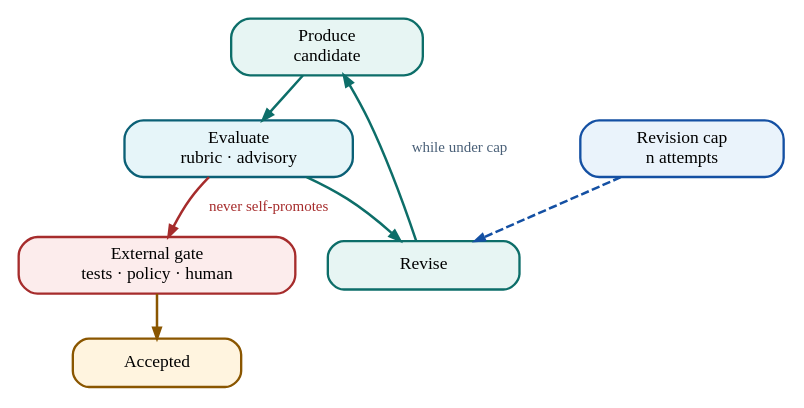
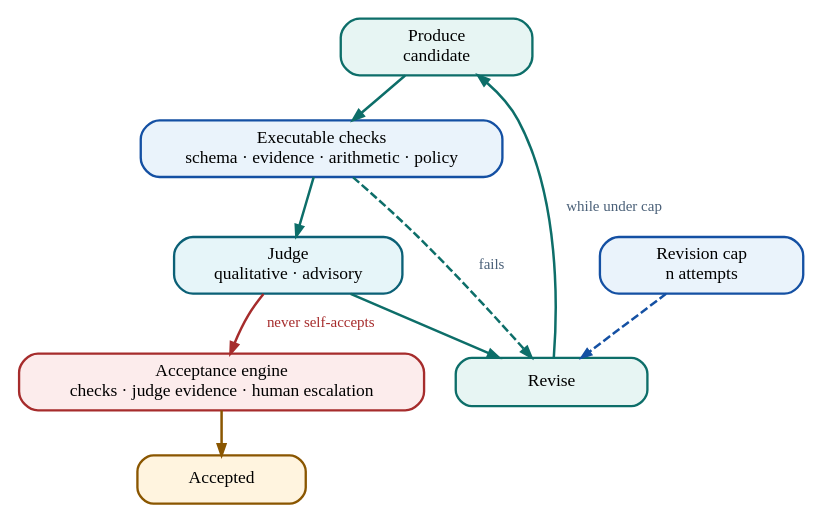
Before and after one commit to rrahimi-uci/building-enterprise-general-intelligence: the diagram in assets/diagrams/src/pattern-reflection.gv, drawn with Graphviz. The commit also changed 38 other files, not shown here.

```diff
--- a/assets/diagrams/src/pattern-reflection.gv
+++ b/assets/diagrams/src/pattern-reflection.gv
@@ -1,25 +1,29 @@
 // Figure 13-1 — Reflection. Improvement without self-certification.
-// Message: the produce-evaluate-revise loop is bounded, and the evaluator's
-// verdict is advisory. Promotion is decided outside the loop, by a gate the
-// loop cannot reach -- otherwise the system grades its own homework.
+// Message: the produce-check-judge-revise loop is bounded. Executable checks run
+// before the judge, and the judge's score is advisory. Acceptance is decided
+// outside the loop, by an engine the loop cannot reach -- otherwise the system
+// grades its own homework.
 digraph pattern_reflection {
   rankdir = TB
   graph [ranksep=0.36, nodesep=0.26]
   node [shape=box, style="filled,rounded", penwidth=1.4, fontsize=10.5,
         margin="0.12,0.07", height=0.40, width=1.6]
   edge [arrowsize=0.65, penwidth=1.5, color="#0D6E69"]
 
   pro [label="Produce\ncandidate", fillcolor="#E7F5F3", color="#0D6E69"]
-  ev  [label="Evaluate\nrubric · advisory", fillcolor="#E6F5F9", color="#0B6076", width=1.9]
+  chk [label="Executable checks\nschema · evidence · arithmetic · policy", fillcolor="#EAF3FB",
+       color="#1450A3", width=2.6]
+  ev  [label="Judge\nqualitative · advisory", fillcolor="#E6F5F9", color="#0B6076", width=1.9]
   rev [label="Revise", fillcolor="#E7F5F3", color="#0D6E69"]
   cap [label="Revision cap\nn attempts", fillcolor="#EAF3FB", color="#1450A3", width=1.7]
-  gate [label="External gate\ntests · policy · human", fillcolor="#FCECEC",
-        color="#A62C2C", width=2.3]
+  gate [label="Acceptance engine\nchecks · judge evidence · human escalation", fillcolor="#FCECEC",
+        color="#A62C2C", width=2.9]
   out [label="Accepted", fillcolor="#FFF4DF", color="#8A5600", width=1.4]
 
-  pro -> ev -> rev
+  pro -> chk -> ev -> rev
+  chk -> rev [label=" fails", fontsize=9, fontcolor="#4A6078", style=dashed]
   rev -> pro [label=" while under cap", fontsize=9, fontcolor="#4A6078"]
   cap -> rev [color="#1450A3", style=dashed, arrowsize=0.55]
-  ev -> gate [color="#A62C2C", label=" never self-promotes", fontsize=9, fontcolor="#A62C2C"]
+  ev -> gate [color="#A62C2C", label=" never self-accepts", fontsize=9, fontcolor="#A62C2C"]
   gate -> out [color="#8A5600"]
 }
```
